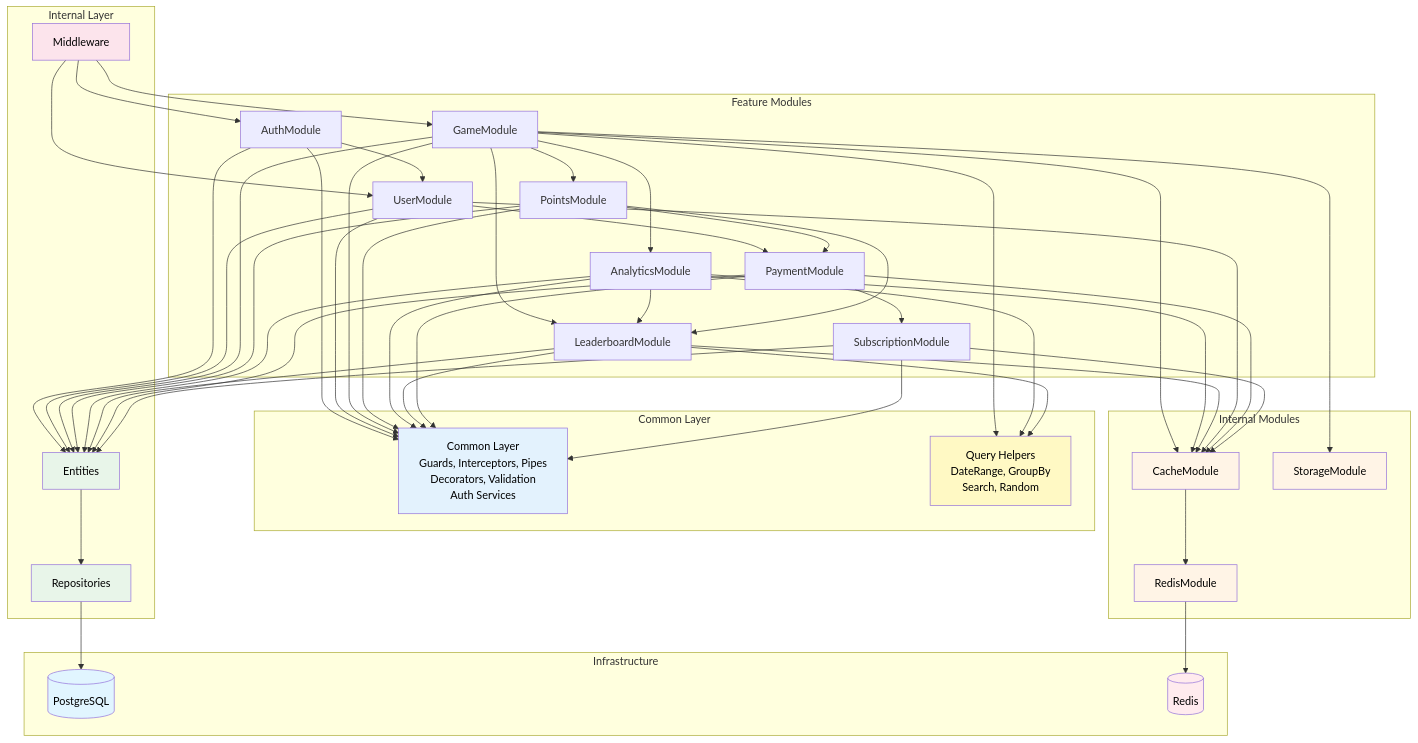
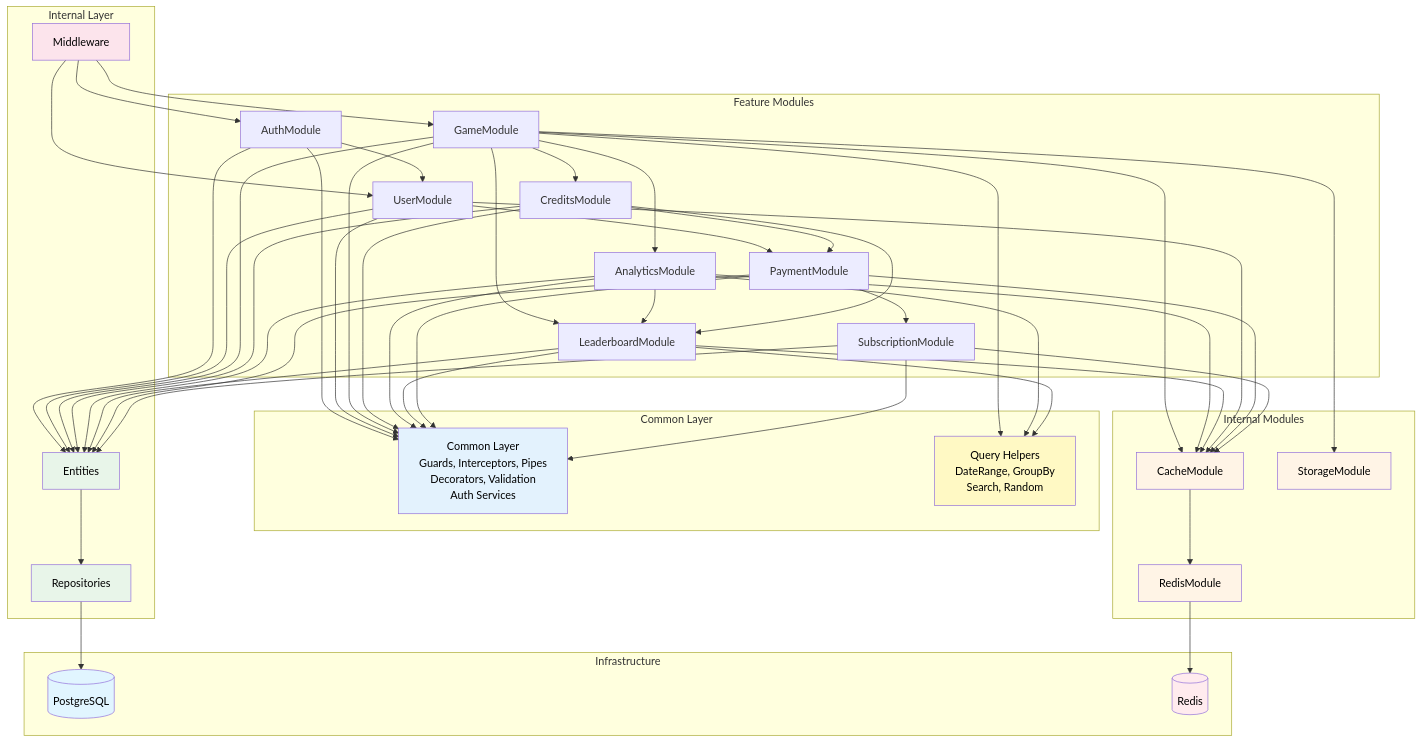
One commit to IsraelRub/EveryTriv changed the fourth of 28 diagrams in docs/DIAGRAMS.md. Above: the diagram before and after it, drawn with Mermaid. The commit also changed other lines of this file and 600 other files, not shown here.

Commit message:
feat: add multiplayer game mode, migrate from points to credits system, reorganize components, and rename AI providers

````diff
--- a/docs/DIAGRAMS.md
+++ b/docs/DIAGRAMS.md
@@ -229,81 +263,81 @@
 ```mermaid
 graph TB
     subgraph "Feature Modules"
         A[AuthModule] --> B[UserModule]
-        C[GameModule] --> D[PointsModule]
+        C[GameModule] --> D[CreditsModule]
         C --> E[AnalyticsModule]
         C --> F[LeaderboardModule]
         E --> F
         D --> F
         B --> G[PaymentModule]
         D --> G
         G --> H[SubscriptionModule]
     end
 
     subgraph "Common Layer"
         CL[Common Layer<br/>Guards, Interceptors, Pipes<br/>Decorators, Validation<br/>Auth Services]
         OA[Query Helpers<br/>DateRange, GroupBy<br/>Search, Random]
     end
 
     subgraph "Internal Modules"
         N[CacheModule]
         O[StorageModule]
         P[RedisModule]
     end
 
     subgraph "Internal Layer"
         Q[Entities]
         R[Repositories]
         S[Middleware]
     end
 
     subgraph "Infrastructure"
         T[(PostgreSQL)]
         U[(Redis)]
     end
 
     A --> CL
     B --> CL
     C --> CL
     D --> CL
     E --> CL
     F --> CL
     G --> CL
     H --> CL
     C --> OA
     E --> OA
     F --> OA
     A --> Q
     B --> Q
     C --> Q
     D --> Q
     E --> Q
     F --> Q
     G --> Q
     H --> Q
     Q --> R
     R --> T
     C --> N
     C --> O
     E --> N
     F --> N
     B --> N
     G --> N
     H --> N
     N --> P
     P --> U
     S --> A
     S --> B
     S --> C
 
     style CL fill:#e3f2fd,color:#000000
     style OA fill:#fff9c4,color:#000000
     style N fill:#fff4e6,color:#000000
     style O fill:#fff4e6,color:#000000
     style P fill:#fff4e6,color:#000000
     style Q fill:#e8f5e9,color:#000000
     style R fill:#e8f5e9,color:#000000
     style S fill:#fce4ec,color:#000000
     style T fill:#e1f5ff,color:#000000
     style U fill:#ffebee,color:#000000
 ```
````
